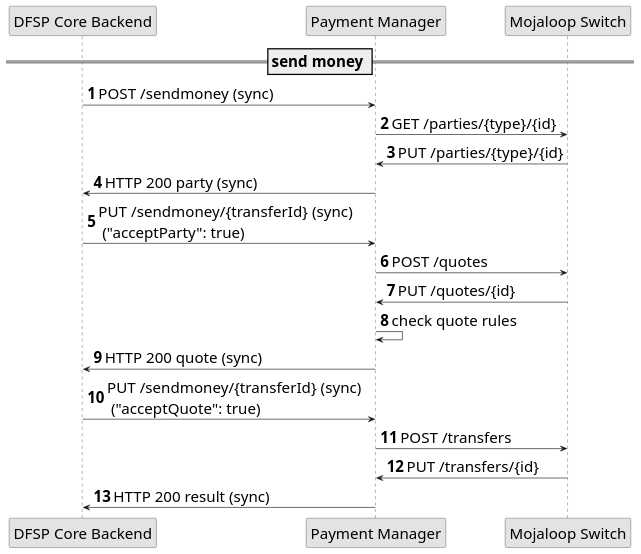
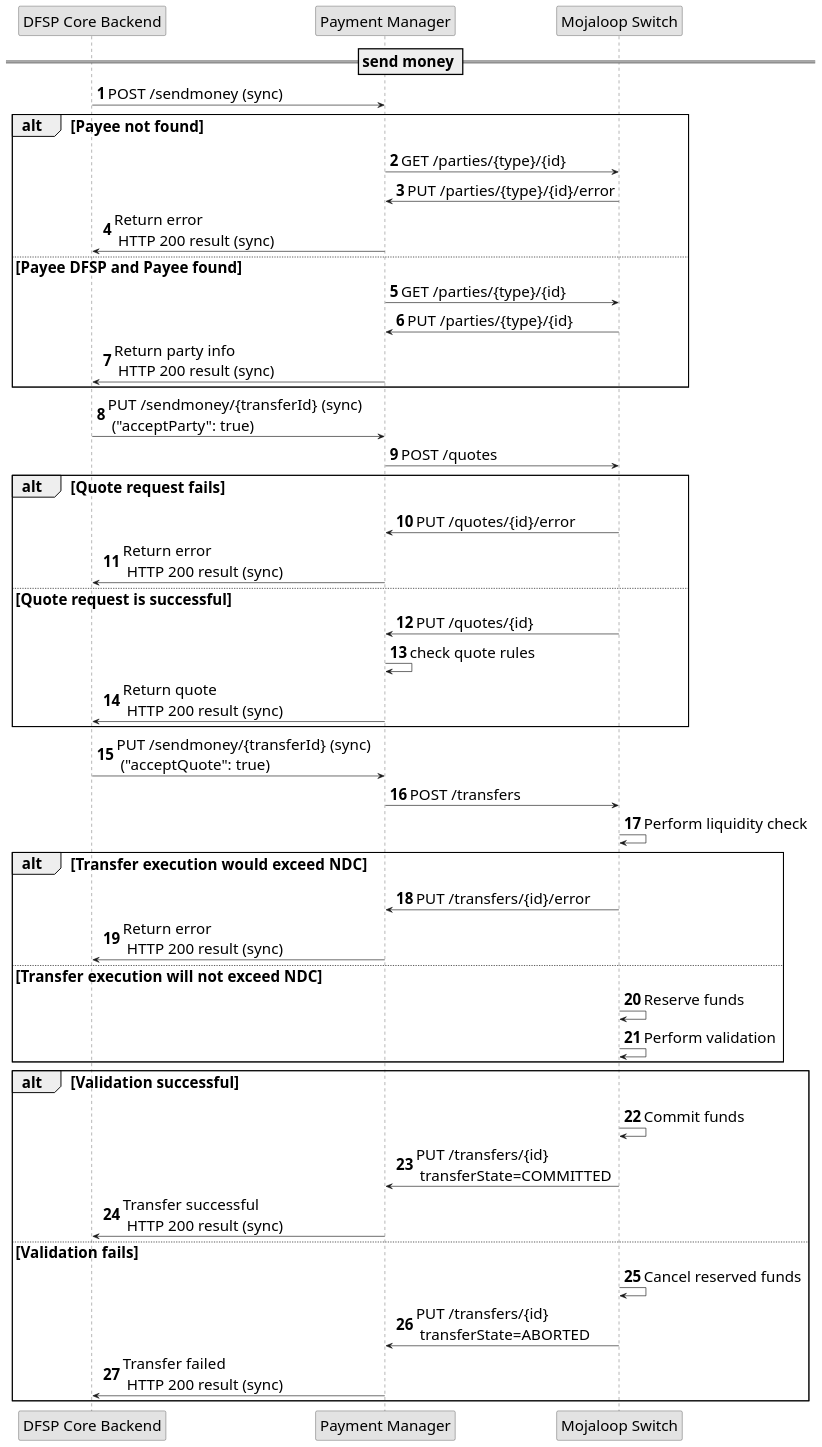
The diagram in modules/api_integration/images/PM4ML_transfer_flow_payer_multistage.plantuml (pm4ml/documents), drawn with PlantUML before and after one commit. The commit also changed 10 other files, not shown here.

```diff
--- a/modules/api_integration/images/PM4ML_transfer_flow_payer_multistage.plantuml
+++ b/modules/api_integration/images/PM4ML_transfer_flow_payer_multistage.plantuml
@@ -1,40 +1,60 @@
 @startuml
 
 autonumber
 skinparam activityFontSize 4
 skinparam activityDiamondFontSize 30
 skinparam activityArrowFontSize 24
 skinparam defaultFontSize 24
 skinparam noteFontSize 24
 skinparam monochrome true
 
 participant "DFSP Core Backend" as backend
 
 participant "Payment Manager" as sob
 
 participant "Mojaloop Switch" as sw
 
 
 == send money ==
 
     backend -> sob: POST /sendmoney (sync)
-    
+    alt Payee not found
+    sob -> sw: GET /parties/{type}/{id}
+    sw -> sob: PUT /parties/{type}/{id}/error
+    sob -> backend: Return error \n HTTP 200 result (sync)    
+    else Payee DFSP and Payee found
     sob -> sw: GET /parties/{type}/{id}
     sw -> sob: PUT /parties/{type}/{id}
-
-    sob -> backend: HTTP 200 party (sync)
-    backend -> sob: PUT /sendmoney/{transferId} (sync) \n ("acceptParty": true)
-
+    sob -> backend: Return party info \n HTTP 200 result (sync) 
+    end   
+    backend -> sob: PUT /sendmoney/{transferId} (sync) \n ("acceptParty": true) 
     sob -> sw: POST /quotes
+    alt Quote request fails
+    sw -> sob: PUT /quotes/{id}/error
+    sob -> backend: Return error \n HTTP 200 result (sync)
+    else Quote request is successful
     sw -> sob: PUT /quotes/{id}
     sob -> sob: check quote rules
-
-    sob -> backend: HTTP 200 quote (sync)
+    sob -> backend: Return quote \n HTTP 200 result (sync)
+    end
     backend -> sob: PUT /sendmoney/{transferId} (sync) \n ("acceptQuote": true)
-
     sob -> sw: POST /transfers
-    sw -> sob: PUT /transfers/{id}
-    
-    sob -> backend: HTTP 200 result (sync)
+    sw -> sw: Perform liquidity check
+    alt Transfer execution would exceed NDC
+    sw -> sob: PUT /transfers/{id}/error
+    sob -> backend: Return error \n HTTP 200 result (sync)
+    else Transfer execution will not exceed NDC
+    sw -> sw: Reserve funds
+    sw -> sw: Perform validation
+    end
+    alt Validation successful
+    sw -> sw: Commit funds
+    sw -> sob: PUT /transfers/{id} \n transferState=COMMITTED
+    sob -> backend: Transfer successful \n HTTP 200 result (sync)
+    else Validation fails
+    sw -> sw: Cancel reserved funds
+    sw -> sob: PUT /transfers/{id} \n transferState=ABORTED
+    sob -> backend: Transfer failed \n HTTP 200 result (sync)
+    end
 
 @enduml
```
